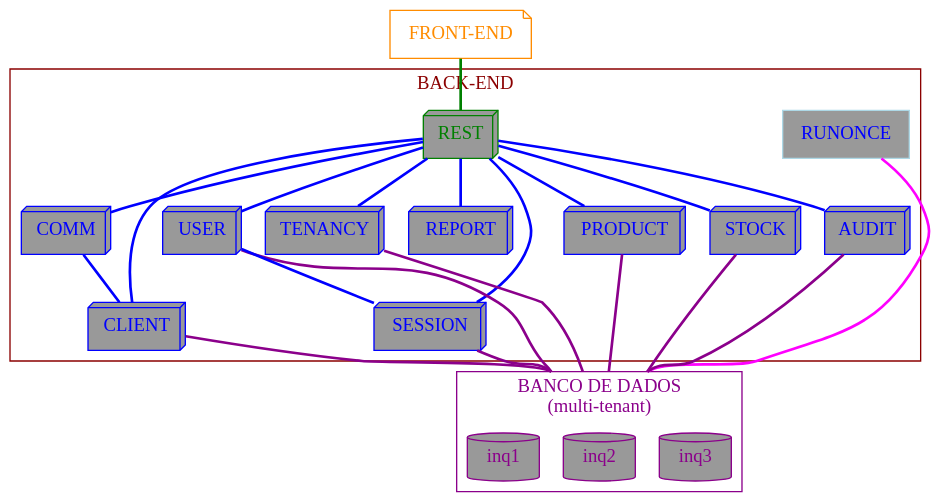
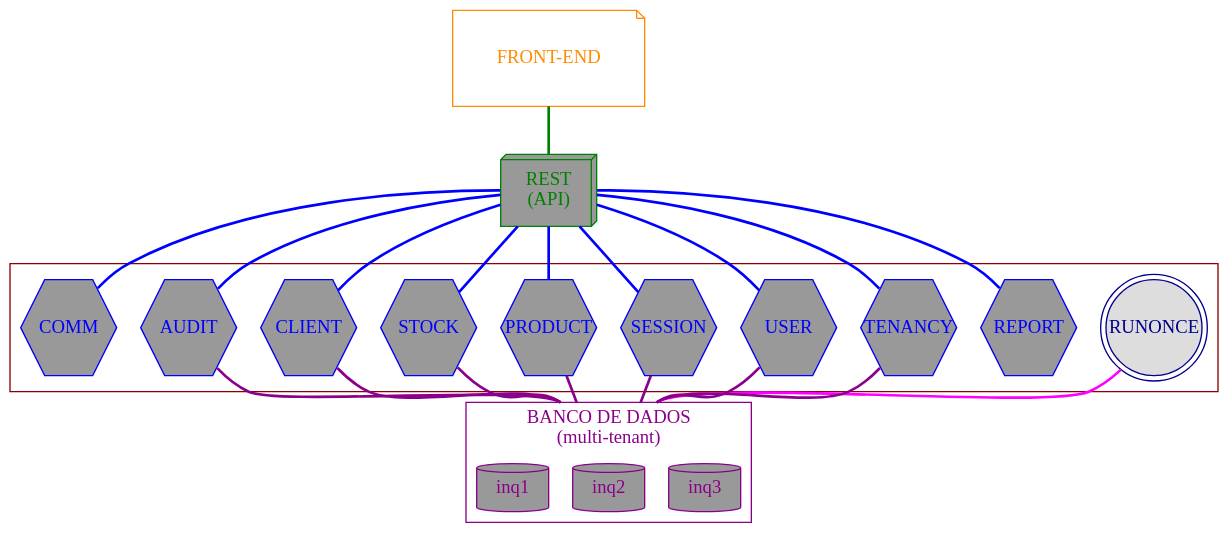
Before and after one commit to Minerva-System/minerva-system: the first of 2 diagrams in docs/src/backend.md, drawn with Graphviz. The commit also changed other lines of this file and 3 other files, not shown here.

````diff
--- a/docs/src/backend.md
+++ b/docs/src/backend.md
@@ -47,67 +12,61 @@
 ```dot process
 graph {
 	bgcolor=transparent;
 	rankdir="TB";
 	compound=true;
 	node[style=filled; fillcolor="#999999"];
 	
-	frontend[label="FRONT-END", shape=note, color=darkorange, fontcolor=darkorange, fillcolor=transparent];
+	frontend[label="FRONT-END", shape=note, color=darkorange, fontcolor=darkorange, fillcolor=transparent, width=2, height=1];
+	rest[label="REST\n(API)", shape=box3d, color=green, fontcolor=green, width=1, height=0.75];
 	
 	subgraph cluster_db {
 		rankdir="LR";
 		label = "BANCO DE DADOS\n(multi-tenant)";
 		color=darkmagenta;
 		fontcolor=darkmagenta;
 		db2[label="inq3", shape=cylinder, color=darkmagenta, fontcolor=darkmagenta];
         db1[label="inq2", shape=cylinder, color=darkmagenta, fontcolor=darkmagenta];
 		db3[label="inq1", shape=cylinder, color=darkmagenta, fontcolor=darkmagenta];
 		{rank=same; db3; db1; db2;}
 	}
 
 	subgraph cluster_backend {
-		label = "BACK-END";
 		fontcolor=darkred;
 		rankdir="LR";
 		color=darkred;
+		node[shape=hexagon; regular=true; fixedsize=true; width=1; height=1];
 		
-		rest[label="REST", shape=box3d, color=green, fontcolor=green];
-		
-		tenancy[label="TENANCY", shape=box3d, color=blue, fontcolor=blue];
-		user[label="USER", shape=box3d, color=blue, fontcolor=blue];
-		session[label="SESSION", shape=box3d, color=blue, fontcolor=blue];
-		product[label="PRODUCT", shape=box3d, color=blue, fontcolor=blue];
-		stock[label="STOCK", shape=box3d, color=blue, fontcolor=blue];
-		runonce[label="RUNONCE", shape=box, color=lightblue, fontcolor=blue];
-		report[label="REPORT", shape=box3d, color=blue, fontcolor=blue];
-		client[label="CLIENT", shape=box3d, color=blue, fontcolor=blue];
-		audit[label="AUDIT", shape=box3d, color=blue, fontcolor=blue];
-		comm[label="COMM", shape=box3d, color=blue, fontcolor=blue];
-		
-		user -- session [color=blue, fontcolor=blue, penwidth=2.0];
-		comm -- client [color=blue, fontcolor=blue, penwidth=2.0];
-		
-		rest -- tenancy[color=blue, fontcolor=blue, penwidth=2.0];
-		rest -- user[color=blue, fontcolor=blue, penwidth=2.0];
-		rest -- session[color=blue, fontcolor=blue, penwidth=2.0];
-		rest -- product[color=blue, fontcolor=blue, penwidth=2.0];
-		rest -- stock[color=blue, fontcolor=blue, penwidth=2.0];
-		rest -- client[color=blue, fontcolor=blue, penwidth=2.0];
-		rest -- audit[color=blue, fontcolor=blue, penwidth=2.0];
-		rest -- comm[color=blue, fontcolor=blue, penwidth=2.0];
-
-		rest -- report[color=blue, fontcolor=blue, penwidth=2.0];
-		
+		runonce[label="RUNONCE", fillcolor="#DDDDDD", shape=doublecircle, color=darkblue, fontcolor=darkblue];
+		report[label="REPORT", color=blue, fontcolor=blue];
+		tenancy[label="TENANCY", color=blue, fontcolor=blue];
+		user[label="USER", color=blue, fontcolor=blue];
+		session[label="SESSION", color=blue, fontcolor=blue];
+		product[label="PRODUCT", color=blue, fontcolor=blue];
+		stock[label="STOCK", color=blue, fontcolor=blue];
+		client[label="CLIENT", color=blue, fontcolor=blue];
+		audit[label="AUDIT", color=blue, fontcolor=blue];
+		comm[label="COMM", color=blue, fontcolor=blue];
+			
 		tenancy -- db1 [lhead=cluster_db, color=darkmagenta, fontcolor=darkmagenta, penwidth=2.0];
 		user -- db1 [lhead=cluster_db, color=darkmagenta, fontcolor=darkmagenta, penwidth=2.0];
 		session -- db1 [lhead=cluster_db, color=darkmagenta, fontcolor=darkmagenta, penwidth=2.0];
 		product -- db1 [lhead=cluster_db, color=darkmagenta, fontcolor=darkmagenta, penwidth=2.0];
 		stock -- db1 [lhead=cluster_db, color=darkmagenta, fontcolor=darkmagenta, penwidth=2.0];
-		runonce -- db1 [lhead=cluster_db, color=magenta, fontcolor=magenta, penwidth=2.0];
+		runonce -- db1 [lhead=cluster_db, color=magenta, fontcolor=darkmagenta, penwidth=2.0];
 		client -- db1 [lhead=cluster_db, color=darkmagenta, fontcolor=darkmagenta, penwidth=2.0];
 		audit -- db1 [lhead=cluster_db, color=darkmagenta, fontcolor=darkmagenta, penwidth=2.0];
 	}
-
+	
 	frontend -- rest[color=green, fontcolor=green, penwidth=2.0];
+	rest -- tenancy[color=blue, fontcolor=blue, penwidth=2.0];
+	rest -- user[color=blue, fontcolor=blue, penwidth=2.0];
+	rest -- session[color=blue, fontcolor=blue, penwidth=2.0];
+	rest -- product[color=blue, fontcolor=blue, penwidth=2.0];
+	rest -- stock[color=blue, fontcolor=blue, penwidth=2.0];
+	rest -- client[color=blue, fontcolor=blue, penwidth=2.0];
+	rest -- audit[color=blue, fontcolor=blue, penwidth=2.0];
+	rest -- comm[color=blue, fontcolor=blue, penwidth=2.0];
+	rest -- report[color=blue, fontcolor=blue, penwidth=2.0];
 	
 }
 ```
````
